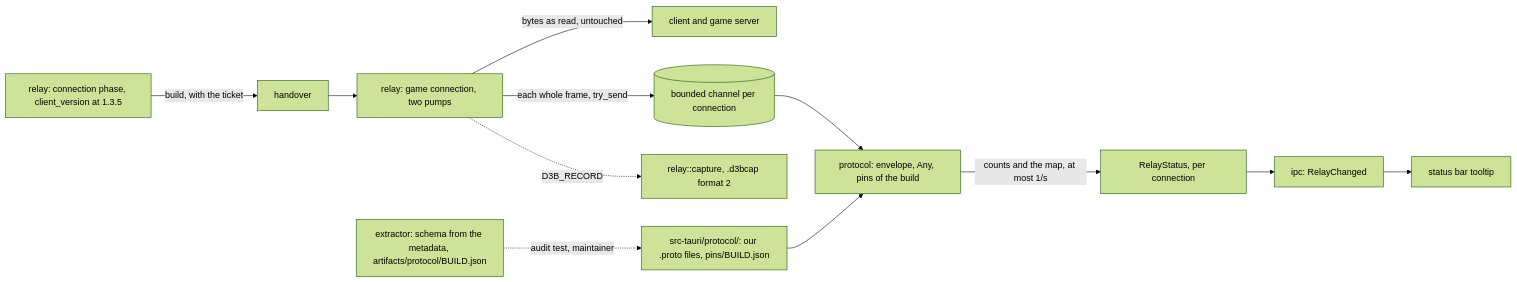
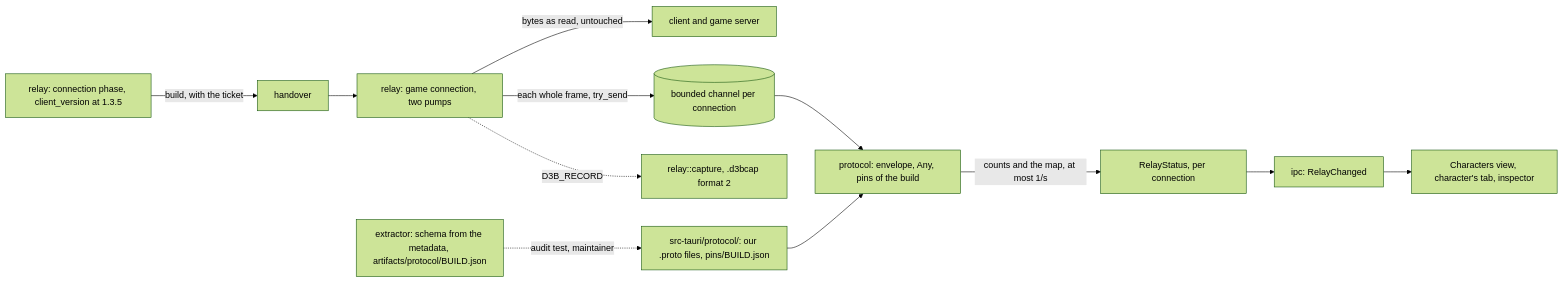
One commit to AerafalDev/D3B changed the diagram in docs/protocol.md. Above: the diagram before and after it, drawn with Mermaid (forest theme). The commit also changed other lines of this file and 16 other files, not shown here.

First line of the commit message:
feat(relay): the relay's item in the status bar, with its hover

````diff
--- a/docs/protocol.md
+++ b/docs/protocol.md
@@ -8,13 +8,13 @@
 ```mermaid
 flowchart LR
     cp["relay: connection phase, client_version at 1.3.5"] -->|"build, with the ticket"| ho[handover]
     ho --> gc["relay: game connection, two pumps"]
     gc -->|"bytes as read, untouched"| net["client and game server"]
     gc -->|"each whole frame, try_send"| ch[("bounded channel per connection")]
     gc -.->|"D3B_RECORD"| rec["relay::capture, .d3bcap format 2"]
     ch --> pt["protocol: envelope, Any, pins of the build"]
     pins["src-tauri/protocol/: our .proto files, pins/BUILD.json"] --> pt
     pt -->|"counts and the map, at most 1/s"| st["RelayStatus, per connection"]
-    st --> ipc["ipc: RelayChanged"] --> bar["status bar tooltip"]
+    st --> ipc["ipc: RelayChanged"] --> bar["Characters view, character's tab, inspector"]
     ext["extractor: schema from the metadata, artifacts/protocol/BUILD.json"] -.->|"audit test, maintainer"| pins
 ```
````
